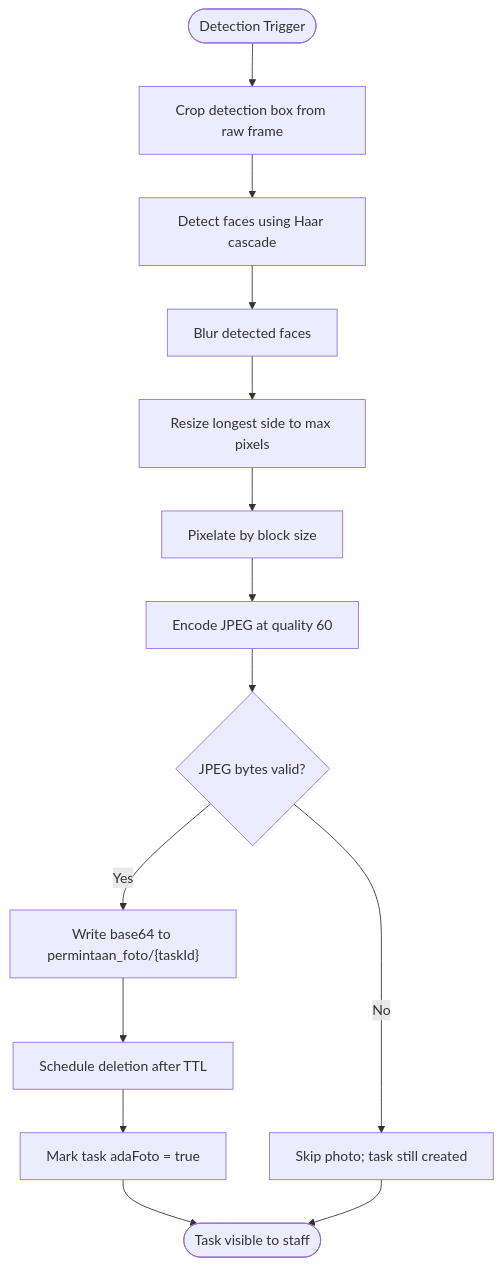
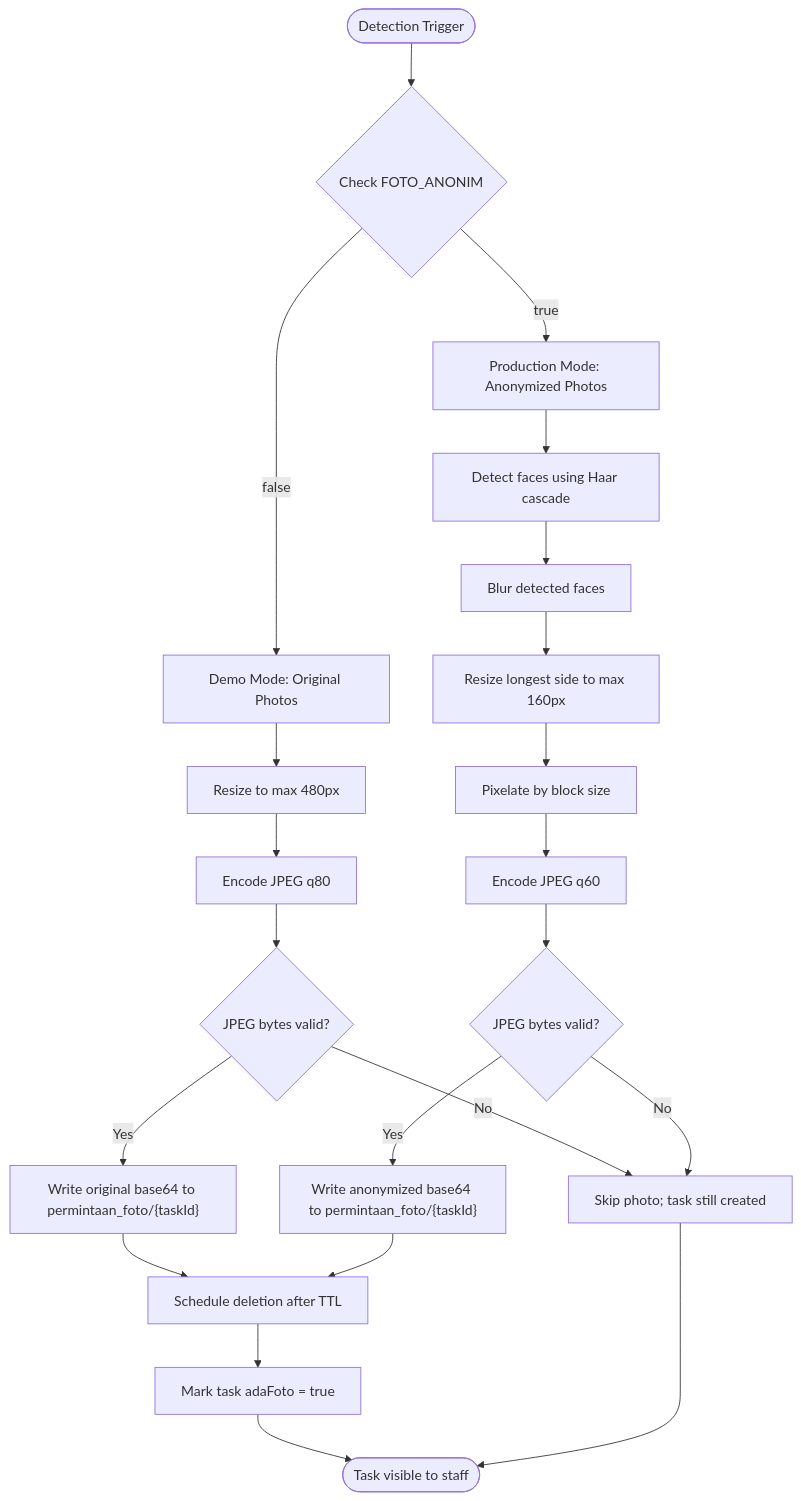
The third of 11 diagrams in .qoder/repowiki/en/content/AI Detection System/Anonymous Photo Verification System.md (rdsarjito/whoosh-ramah), drawn with Mermaid before and after one commit. The commit also changed other lines of this file and 18 other files, not shown here.

Commit message:
chore: refresh repowiki and detector cache after foto anonim steps

````diff
--- a/.qoder/repowiki/en/content/AI Detection System/Anonymous Photo Verification System.md
+++ b/.qoder/repowiki/en/content/AI Detection System/Anonymous Photo Verification System.md
@@ -144,16 +173,24 @@
 ```mermaid
 flowchart TD
-Start(["Detection Trigger"]) --> Crop["Crop detection box from raw frame"]
-Crop --> FaceDetect["Detect faces using Haar cascade"]
+Start(["Detection Trigger"]) --> CheckMode{"Check FOTO_ANONIM"}
+CheckMode --> |false| DemoMode["Demo Mode: Original Photos"]
+CheckMode --> |true| ProdMode["Production Mode: Anonymized Photos"]
+DemoMode --> ResizeDemo["Resize to max 480px"]
+ResizeDemo --> EncodeDemo["Encode JPEG q80"]
+EncodeDemo --> ValidDemo{"JPEG bytes valid?"}
+ValidDemo --> |No| SkipPhoto["Skip photo; task still created"]
+ValidDemo --> |Yes| WriteDemo["Write original base64 to permintaan_foto/{taskId}"]
+ProdMode --> FaceDetect["Detect faces using Haar cascade"]
 FaceDetect --> BlurFaces["Blur detected faces"]
-BlurFaces --> Resize["Resize longest side to max pixels"]
-Resize --> Pixelate["Pixelate by block size"]
-Pixelate --> Encode["Encode JPEG at quality 60"]
-Encode --> Valid{"JPEG bytes valid?"}
-Valid --> |No| SkipPhoto["Skip photo; task still created"]
-Valid --> |Yes| WriteBase64["Write base64 to permintaan_foto/{taskId}"]
-WriteBase64 --> ScheduleDelete["Schedule deletion after TTL"]
+BlurFaces --> ResizeProd["Resize longest side to max 160px"]
+ResizeProd --> Pixelate["Pixelate by block size"]
+Pixelate --> EncodeProd["Encode JPEG q60"]
+EncodeProd --> ValidProd{"JPEG bytes valid?"}
+ValidProd --> |No| SkipPhoto
+ValidProd --> |Yes| WriteProd["Write anonymized base64 to permintaan_foto/{taskId}"]
+WriteDemo --> ScheduleDelete["Schedule deletion after TTL"]
+WriteProd --> ScheduleDelete
 ScheduleDelete --> MarkTask["Mark task adaFoto = true"]
 MarkTask --> End(["Task visible to staff"])
 SkipPhoto --> End
 ```
````
